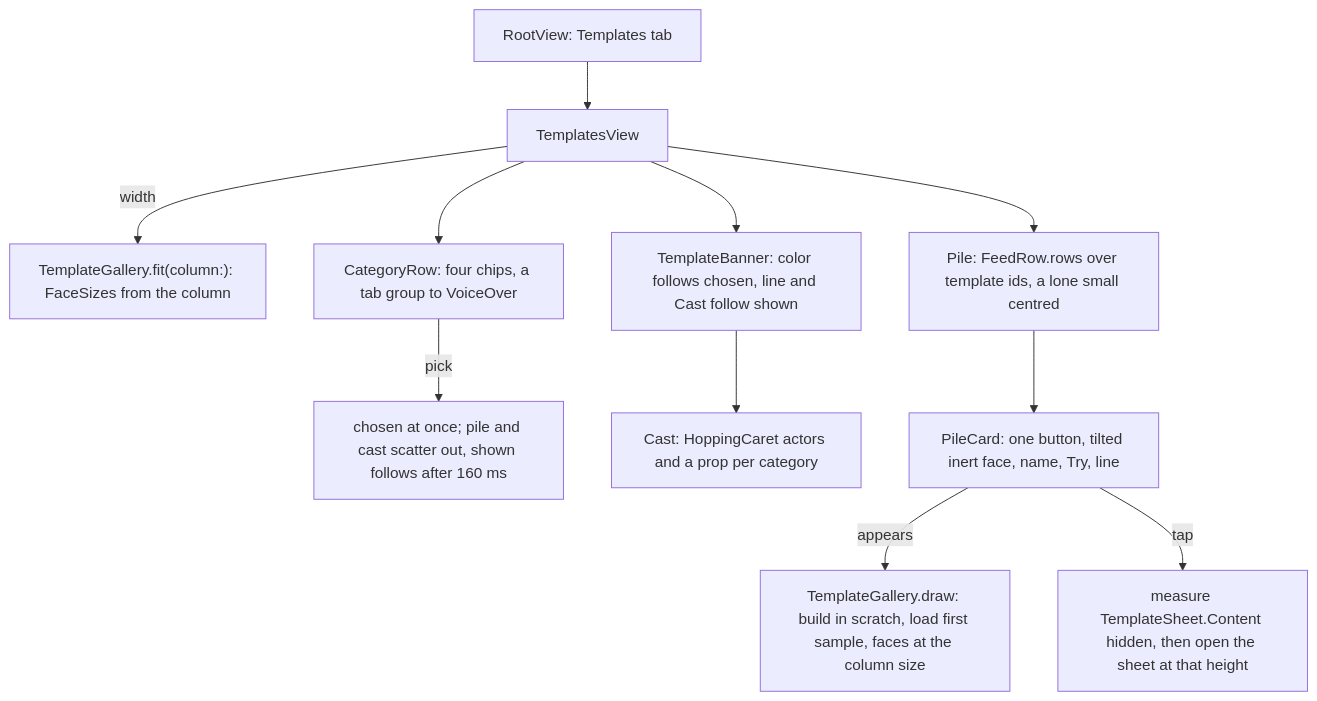
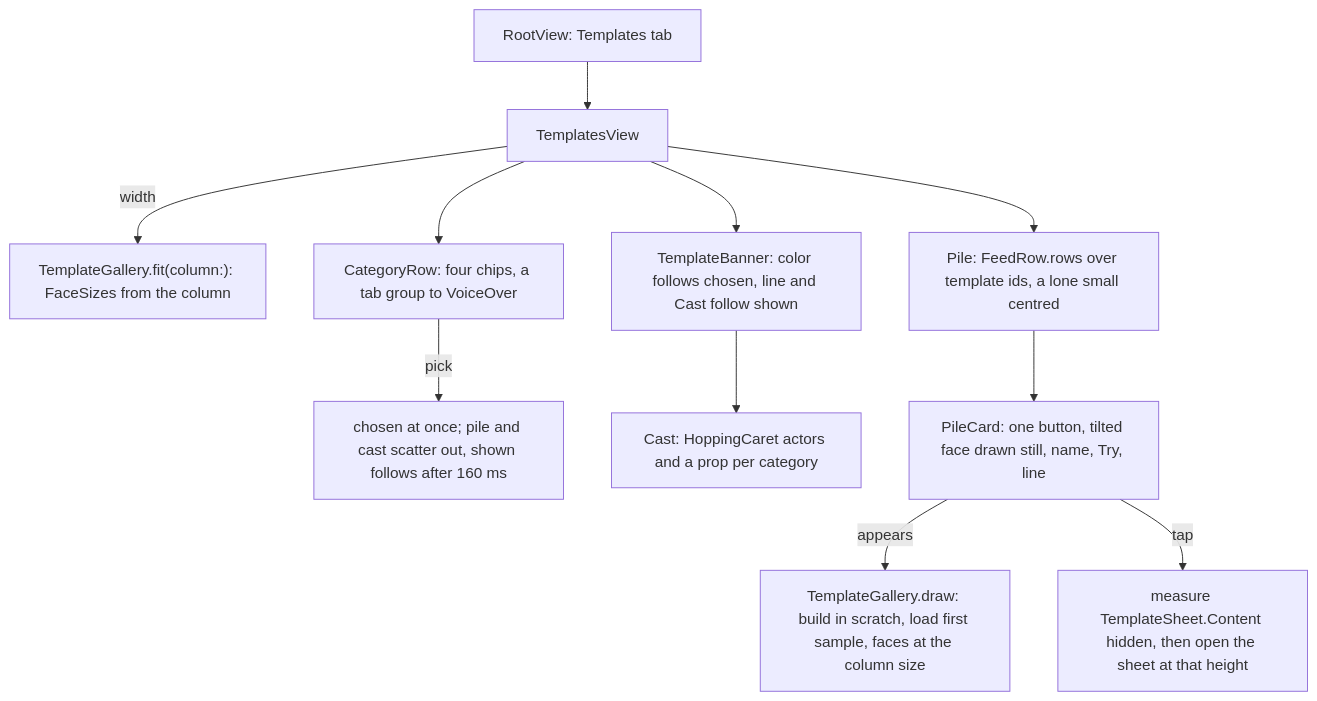
One commit to Krutik460/Widgie changed the first of 5 diagrams in docs/pr/16-app-shell-u3-templates.md. Above: the diagram before and after it, drawn with Mermaid. The commit also changed other lines of this file and 1 other file, not shown here.

Commit message:
Record the second review's fixes in the plan and the PR 16 guide, and correct the plan's old no-new-fonts line

````diff
--- a/docs/pr/16-app-shell-u3-templates.md
+++ b/docs/pr/16-app-shell-u3-templates.md
@@ -17,13 +18,13 @@
 ```mermaid
 flowchart TD
   ROOT["RootView: Templates tab"] --> TV["TemplatesView"]
   TV -->|"width"| FIT["TemplateGallery.fit(column:): FaceSizes from the column"]
   TV --> CHIPS["CategoryRow: four chips, a tab group to VoiceOver"]
   CHIPS -->|"pick"| SWAP["chosen at once; pile and cast scatter out, shown follows after 160 ms"]
   TV --> BANNER["TemplateBanner: color follows chosen, line and Cast follow shown"]
   BANNER --> CAST["Cast: HoppingCaret actors and a prop per category"]
   TV --> PILE["Pile: FeedRow.rows over template ids, a lone small centred"]
-  PILE --> CARD["PileCard: one button, tilted inert face, name, Try, line"]
+  PILE --> CARD["PileCard: one button, tilted face drawn still, name, Try, line"]
   CARD -->|"appears"| DRAW["TemplateGallery.draw: build in scratch, load first sample, faces at the column size"]
   CARD -->|"tap"| MEASURE["measure TemplateSheet.Content hidden, then open the sheet at that height"]
 ```
````
